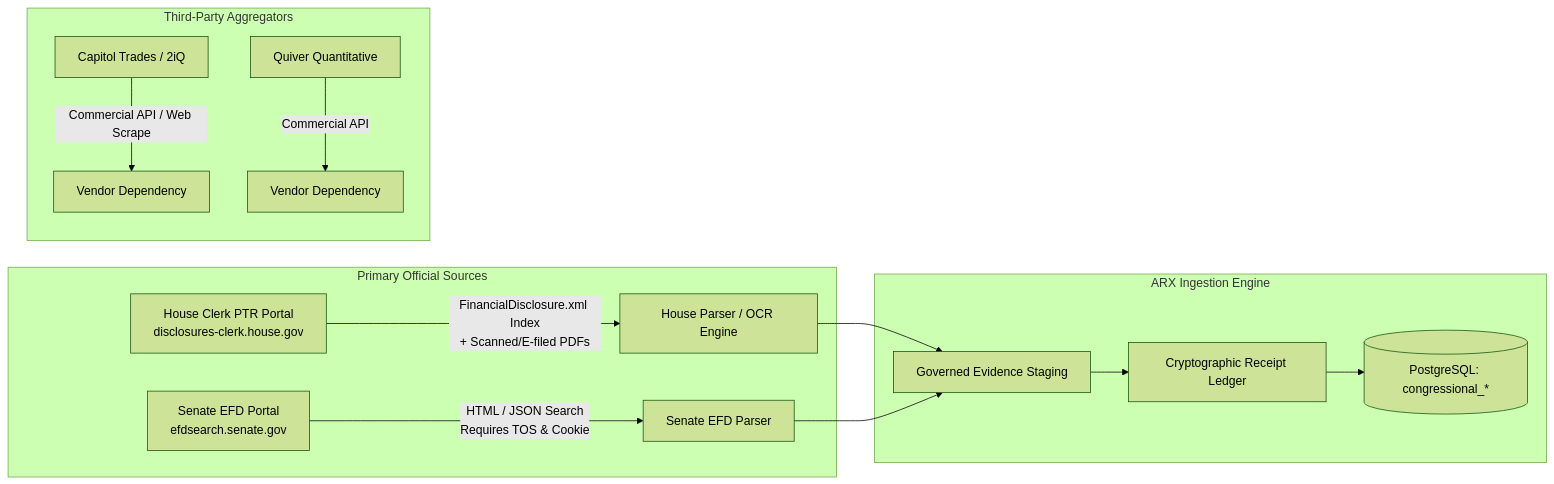
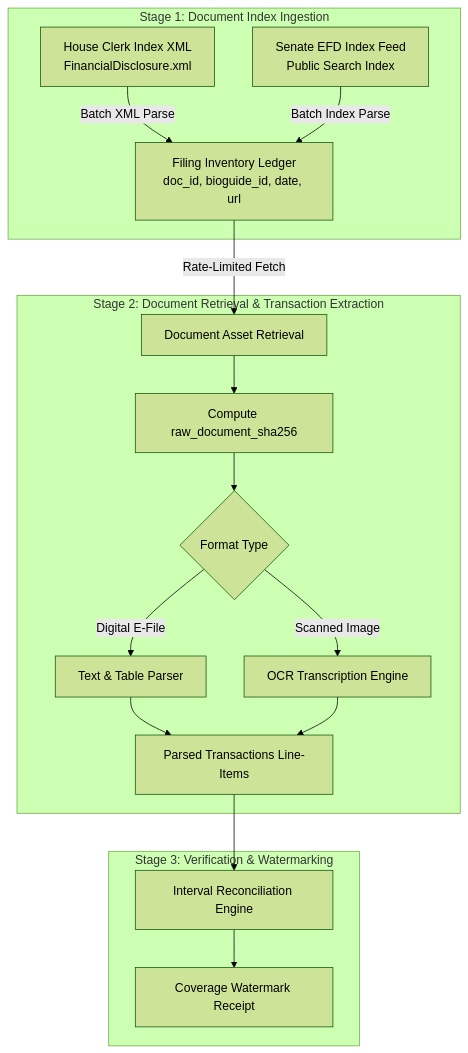
One commit to daakara/finance changed the second of 4 diagrams in docs/planning/ARX_CONGRESSIONAL_INGESTION_INVENTORY_2026_11_22.md. Above: the diagram before and after it, drawn with Mermaid (forest theme). The commit also changed other lines of this file, not shown here.

Commit message:
docs(ingestion): correct inventory cross-table DDL, provenance and claims (ARX-CONGRESSIONAL-INGESTION-001)

````diff
--- a/docs/planning/ARX_CONGRESSIONAL_INGESTION_INVENTORY_2026_11_22.md
+++ b/docs/planning/ARX_CONGRESSIONAL_INGESTION_INVENTORY_2026_11_22.md
@@ -175,19 +182,22 @@
 ```mermaid
-flowchart LR
-    subgraph Primary Official Sources
-        H[House Clerk PTR Portal<br>disclosures-clerk.house.gov] -->|FinancialDisclosure.xml Index<br>+ Scanned/E-filed PDFs| H_P[House Parser / OCR Engine]
-        S[Senate EFD Portal<br>efdsearch.senate.gov] -->|HTML / JSON Search<br>Requires TOS & Cookie| S_P[Senate EFD Parser]
+flowchart TD
+    subgraph Stage 1: Document Index Ingestion
+        H_IDX[House Clerk Index XML<br>FinancialDisclosure.xml] -->|Batch XML Parse| F_IDX[Filing Inventory Ledger<br>doc_id, bioguide_id, date, url]
+        S_IDX[Senate EFD Index Feed<br>Public Search Index] -->|Batch Index Parse| F_IDX
     end
 
-    subgraph Third-Party Aggregators
-        C[Capitol Trades / 2iQ] -->|Commercial API / Web Scrape| C_A[Vendor Dependency]
-        Q[Quiver Quantitative] -->|Commercial API| Q_A[Vendor Dependency]
+    subgraph Stage 2: Document Retrieval & Transaction Extraction
+        F_IDX -->|Rate-Limited Fetch| PDF_FETCH[Document Asset Retrieval]
+        PDF_FETCH --> SHA[Compute raw_document_sha256]
+        SHA --> EXTRACT{Format Type}
+        EXTRACT -- Digital E-File --> TXT_EXT[Text & Table Parser]
+        EXTRACT -- Scanned Image --> OCR_EXT[OCR Transcription Engine]
+        TXT_EXT --> TX_STAGE[Parsed Transactions Line-Items]
+        OCR_EXT --> TX_STAGE
     end
 
-    subgraph ARX Ingestion Engine
-        H_P --> G[Governed Evidence Staging]
-        S_P --> G
-        G --> R[Cryptographic Receipt Ledger]
-        R --> DB[(PostgreSQL: congressional_*)]
+    subgraph Stage 3: Verification & Watermarking
+        TX_STAGE --> REC_CERT[Interval Reconciliation Engine]
+        REC_CERT --> WATERMARK[Coverage Watermark Receipt]
     end
 ```
````
